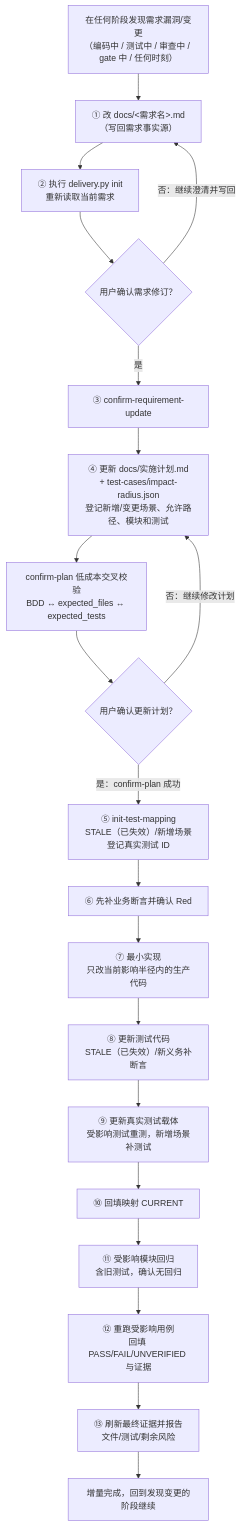
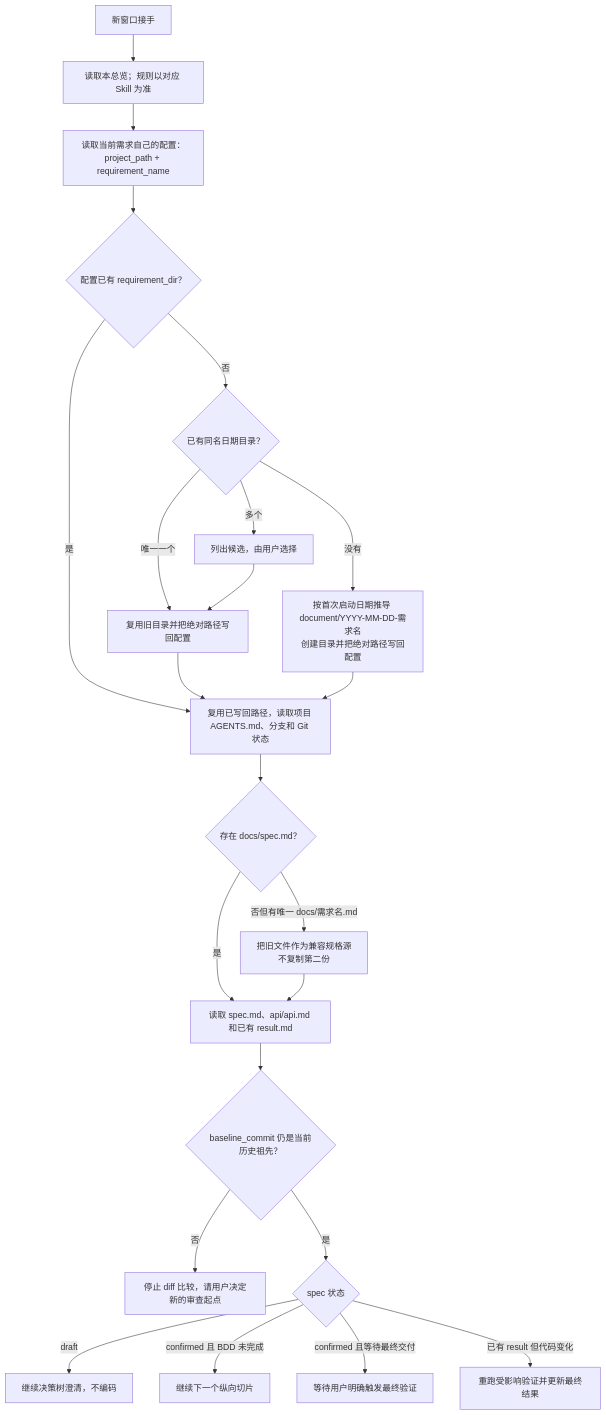
The ninth of 10 diagrams in docs/FLOW_DIAGRAMS.md (yejuntian/android-delivery-skills), drawn with Mermaid before and after one commit. The commit also changed other lines of this file and 213 other files, not shown here.

````diff
--- a/docs/FLOW_DIAGRAMS.md
+++ b/docs/FLOW_DIAGRAMS.md
@@ -377,23 +284,25 @@
 ```mermaid
 flowchart TD
-    TRIGGER["在任何阶段发现需求漏洞/变更<br/>（编码中 / 测试中 / 审查中 / gate 中 / 任何时刻）"]
-    TRIGGER --> CHANGE["① 改 docs/<需求名>.md<br/>（写回需求事实源）"]
-    CHANGE --> INIT["② 执行 delivery.py init<br/>重新读取当前需求"]
-    INIT --> USER_REQ{"用户确认需求修订？"}
-    USER_REQ -- "否：继续澄清并写回" --> CHANGE
-    USER_REQ -- "是" --> CONFIRM["③ confirm-requirement-update"]
-    CONFIRM --> PLAN["④ 更新 docs/实施计划.md<br/>+ test-cases/impact-radius.json<br/>登记新增/变更场景、允许路径、模块和测试"]
-    PLAN --> CHECK["confirm-plan 低成本交叉校验<br/>BDD ↔ expected_files ↔ expected_tests"]
-    CHECK --> USER_PLAN{"用户确认更新计划？"}
-    USER_PLAN -- "否：继续修改计划" --> PLAN
-    USER_PLAN -- "是：confirm-plan 成功" --> AUTO["⑤ init-test-mapping<br/>STALE（已失效）/新增场景登记真实测试 ID"]
-    AUTO --> RED["⑥ 先补业务断言并确认 Red"]
-    RED --> B1["⑦ 最小实现<br/>只改当前影响半径内的生产代码"]
-    B1 --> B2["⑧ 更新测试代码<br/>STALE（已失效）/新义务补断言"]
-    B2 --> B3["⑨ 更新真实测试载体<br/>受影响测试重测，新增场景补测试"]
-    B3 --> B4["⑩ 回填映射 CURRENT"]
-    B4 --> B5["⑪ 受影响模块回归<br/>含旧测试，确认无回归"]
-    B5 --> B6["⑫ 重跑受影响用例<br/>回填 PASS/FAIL/UNVERIFIED 与证据"]
-    B6 --> B7["⑬ 刷新最终证据并报告<br/>文件/测试/剩余风险"]
-    B7 --> DONE["增量完成，回到发现变更的阶段继续"]
+    NEW["新窗口接手"] --> GUIDE["读取本总览；规则以对应 Skill 为准"]
+    GUIDE --> CONFIG["读取当前需求自己的配置：project_path + requirement_name"]
+    CONFIG --> DIR{"配置已有 requirement_dir？"}
+    DIR -- "否" --> EXISTING{"已有同名日期目录？"}
+    EXISTING -- "唯一一个" --> REUSE["复用旧目录并把绝对路径写回配置"]
+    EXISTING -- "多个" --> SELECT["列出候选，由用户选择"]
+    SELECT --> REUSE
+    EXISTING -- "没有" --> DERIVE["按首次启动日期推导 document/YYYY-MM-DD-需求名<br/>创建目录并把绝对路径写回配置"]
+    DIR -- "是" --> PROJECT["复用已写回路径，读取项目 AGENTS.md、分支和 Git 状态"]
+    REUSE --> PROJECT
+    DERIVE --> PROJECT
+    PROJECT --> SPECFILE{"存在 docs/spec.md？"}
+    SPECFILE -- "是" --> SPEC["读取 spec.md、api/api.md 和已有 result.md"]
+    SPECFILE -- "否但有唯一 docs/需求名.md" --> LEGACY["把旧文件作为兼容规格源<br/>不复制第二份"]
+    LEGACY --> SPEC
+    SPEC --> BASELINE{"baseline_commit 仍是当前历史祖先？"}
+    BASELINE -- "否" --> ASK["停止 diff 比较，请用户决定新的审查起点"]
+    BASELINE -- "是" --> STATUS{"spec 状态"}
+    STATUS -- "draft" --> CLARIFY["继续决策树澄清，不编码"]
+    STATUS -- "confirmed 且 BDD 未完成" --> IMPLEMENT["继续下一个纵向切片"]
+    STATUS -- "confirmed 且等待最终交付" --> WAIT["等待用户明确触发最终验证"]
+    STATUS -- "已有 result 但代码变化" --> REVERIFY["重跑受影响验证并更新最终结果"]
 ```
````
